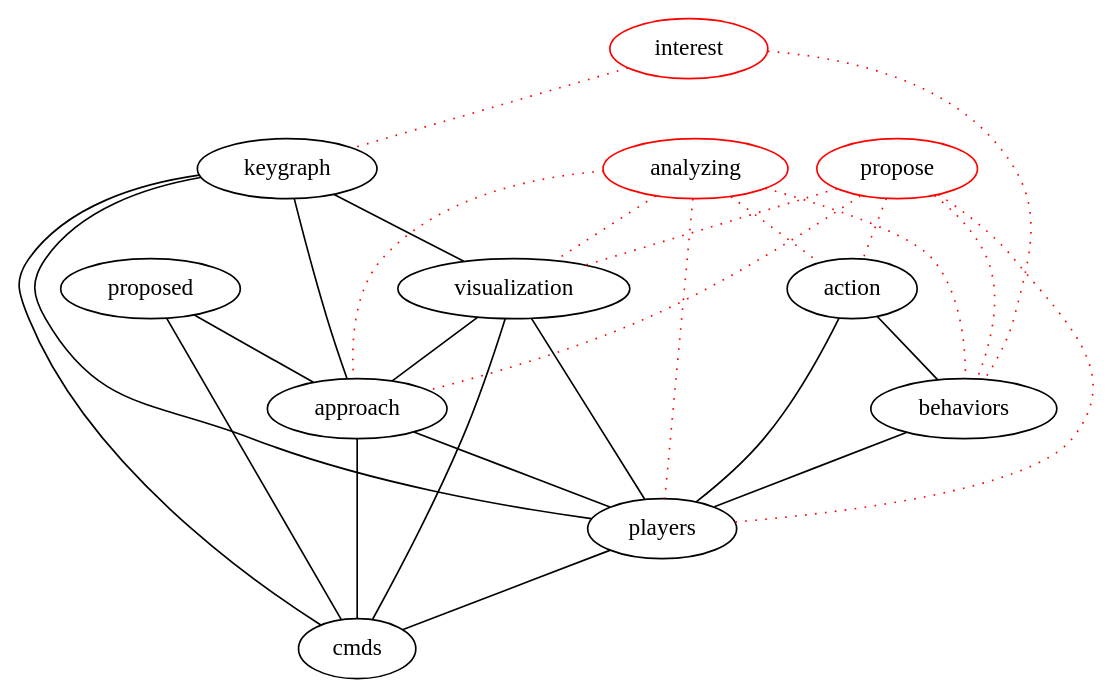
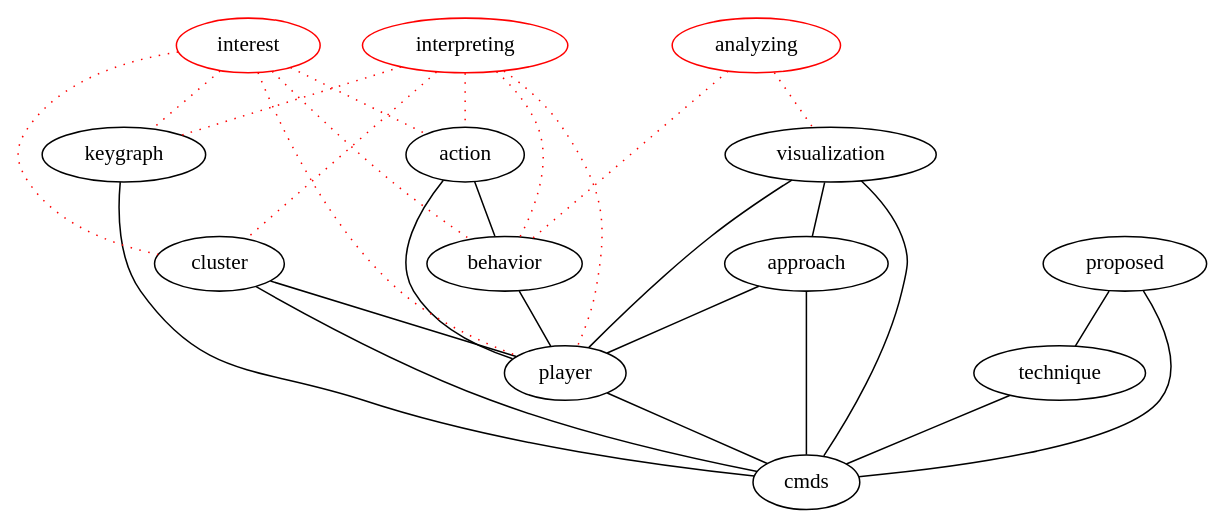
One commit to michaelweiss/keygraph changed the diagram in dot/abstract.dot. Above: the diagram before and after it, drawn with Graphviz. The commit also changed 5 other files, not shown here.

```diff
--- a/dot/abstract.dot
+++ b/dot/abstract.dot
@@ -1,41 +1,43 @@
 graph keygraph {
 graph [size="10,10"]
+cluster [color="black"]
+approach [color="black"]
+keygraph [color="black"]
+action [color="black"]
+player [color="black"]
+technique [color="black"]
+behavior [color="black"]
+cmds [color="black"]
 visualization [color="black"]
-players [color="black"]
-action [color="black"]
-cmds [color="black"]
 proposed [color="black"]
-behaviors [color="black"]
-keygraph [color="black"]
-approach [color="black"]
 interest [color="red"]
-propose [color="red"]
 analyzing [color="red"]
-proposed--approach
-keygraph--visualization
-keygraph--approach
-keygraph--players
+interpreting [color="red"]
 keygraph--cmds
-visualization--players
+cluster--cmds
+visualization--player
 visualization--cmds
-approach--players
+approach--player
 approach--cmds
-players--cmds
-action--behaviors
-action--players
-behaviors--players
+player--cmds
+action--behavior
+action--player
+behavior--player
+proposed--technique
 proposed--cmds
+technique--cmds
+cluster--player
 visualization--approach
-interest--behaviors [color="red", style="dotted"]
+analyzing--behavior [color="red", style="dotted"]
+analyzing--visualization [color="red", style="dotted"]
+interpreting--cluster [color="red", style="dotted"]
+interpreting--keygraph [color="red", style="dotted"]
+interpreting--action [color="red", style="dotted"]
+interpreting--player [color="red", style="dotted"]
+interpreting--behavior [color="red", style="dotted"]
+interest--cluster [color="red", style="dotted"]
 interest--keygraph [color="red", style="dotted"]
-propose--visualization [color="red", style="dotted"]
-propose--players [color="red", style="dotted"]
-propose--action [color="red", style="dotted"]
-propose--behaviors [color="red", style="dotted"]
-propose--approach [color="red", style="dotted"]
-analyzing--visualization [color="red", style="dotted"]
-analyzing--players [color="red", style="dotted"]
-analyzing--action [color="red", style="dotted"]
-analyzing--behaviors [color="red", style="dotted"]
-analyzing--approach [color="red", style="dotted"]
+interest--action [color="red", style="dotted"]
+interest--player [color="red", style="dotted"]
+interest--behavior [color="red", style="dotted"]
 }
```
